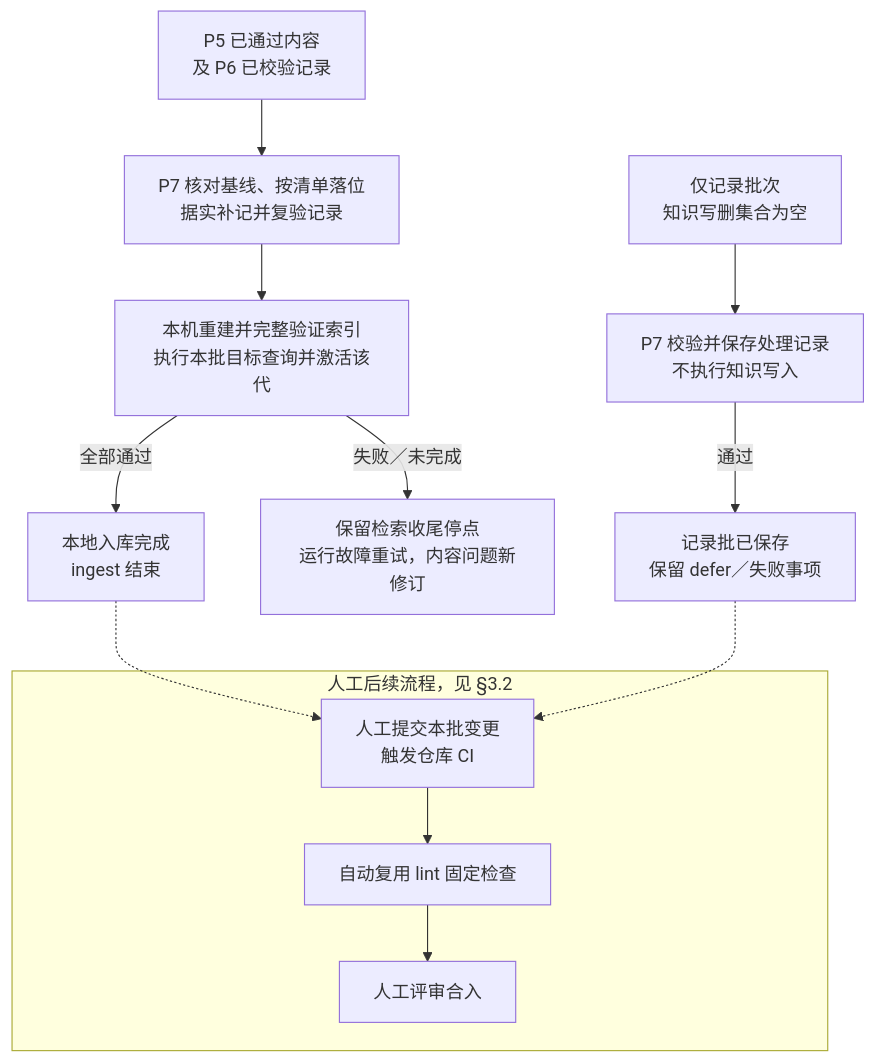
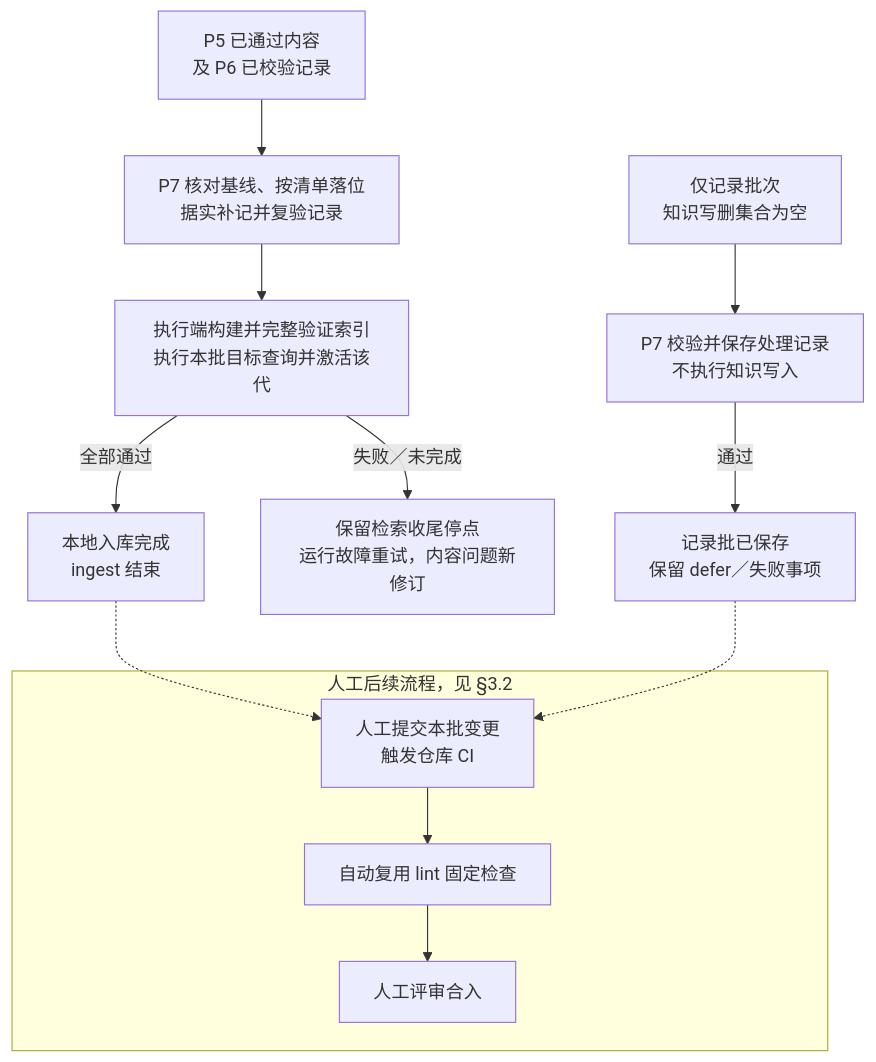
Diagram 17 of 25 in aiotbot-knowledge-wifi-mp/docs-llm-wiki/知识库详细设计.md (Robin-hhc/FactumCore), drawn with Mermaid before and after one commit. The commit also changed other lines of this file and 67 other files, not shown here.

````diff
--- a/aiotbot-knowledge-wifi-mp/docs-llm-wiki/知识库详细设计.md
+++ b/aiotbot-knowledge-wifi-mp/docs-llm-wiki/知识库详细设计.md
@@ -663,15 +668,15 @@
 ```mermaid
 flowchart TD
     CONTENT["P5 已通过内容<br/>及 P6 已校验记录"] --> APPLY["P7 核对基线、按清单落位<br/>据实补记并复验记录"]
-    APPLY --> INDEX["本机重建并完整验证索引<br/>执行本批目标查询并激活该代"]
+    APPLY --> INDEX["执行端构建并完整验证索引<br/>执行本批目标查询并激活该代"]
     INDEX -->|"全部通过"| DONE["本地入库完成<br/>ingest 结束"]
     INDEX -->|"失败／未完成"| STOP["保留检索收尾停点<br/>运行故障重试，内容问题新修订"]
     RECORD["仅记录批次<br/>知识写删集合为空"] --> CHECK["P7 校验并保存处理记录<br/>不执行知识写入"]
     CHECK -->|"通过"| SAVED["记录批已保存<br/>保留 defer／失败事项"]
     subgraph HUMAN["人工后续流程，见 §3.2"]
         SUBMIT["人工提交本批变更<br/>触发仓库 CI"] --> CI["自动复用 lint 固定检查"]
         CI --> MERGE["人工评审合入"]
     end
     DONE -.-> SUBMIT
     SAVED -.-> SUBMIT
 ```
````
